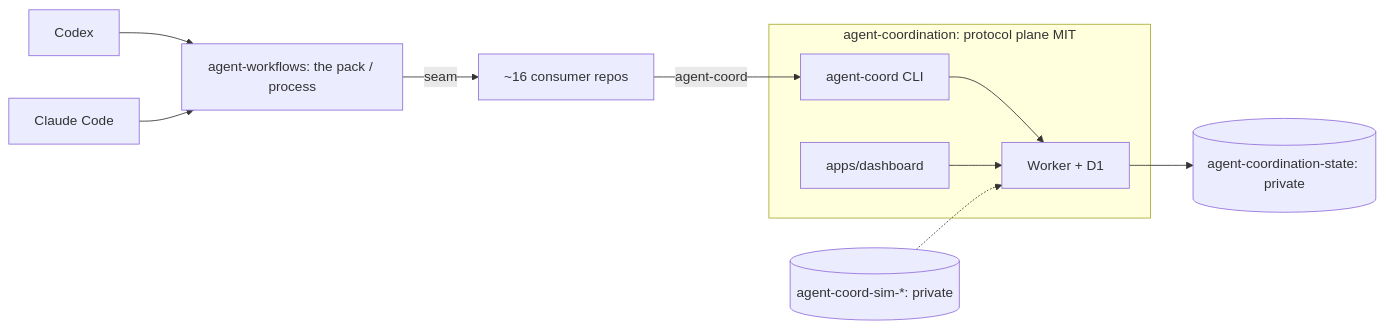
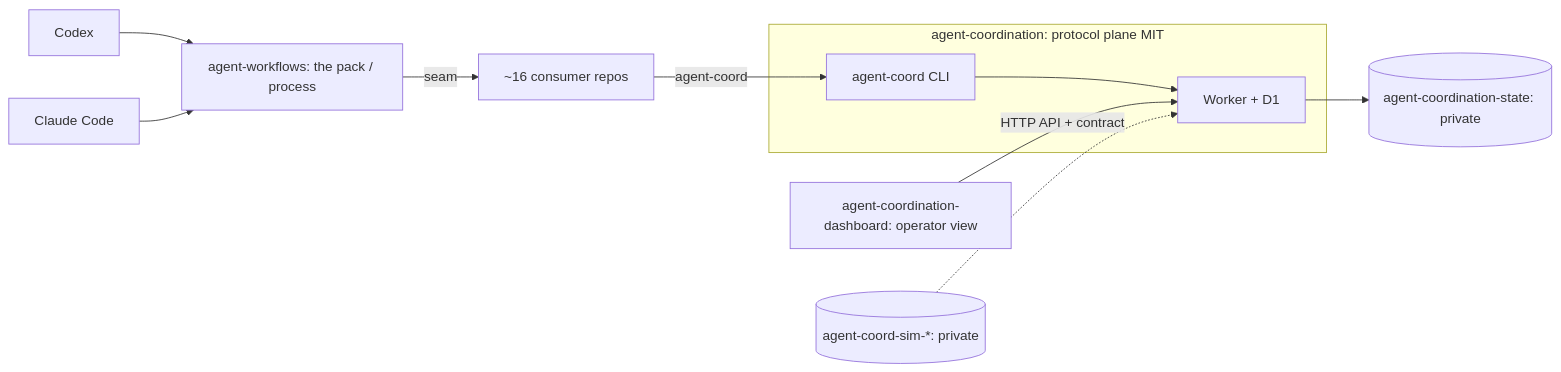
The second of 3 diagrams in docs/landing-page-design.md (shakacode/agent-workflows), drawn with Mermaid before and after one commit. The commit also changed other lines of this file, not shown here.

First line of the commit message:
Fix landing-page topology to match ADR 0003 (dashboard stays separate) (#98)

````diff
--- a/docs/landing-page-design.md
+++ b/docs/landing-page-design.md
@@ -104,13 +108,13 @@
 ```mermaid
 flowchart LR
   codex[Codex] --> pack
   claude[Claude Code] --> pack
   pack[agent-workflows: the pack / process] -->|seam| consumers[~16 consumer repos]
   consumers -->|agent-coord| cli
   subgraph platform [agent-coordination: protocol plane MIT]
     cli[agent-coord CLI] --> worker[Worker + D1]
-    dash[apps/dashboard] --> worker
   end
+  dash[agent-coordination-dashboard: operator view] -->|HTTP API + contract| worker
   worker --> state[(agent-coordination-state: private)]
   sim[(agent-coord-sim-*: private)] -.-> worker
 ```
````
